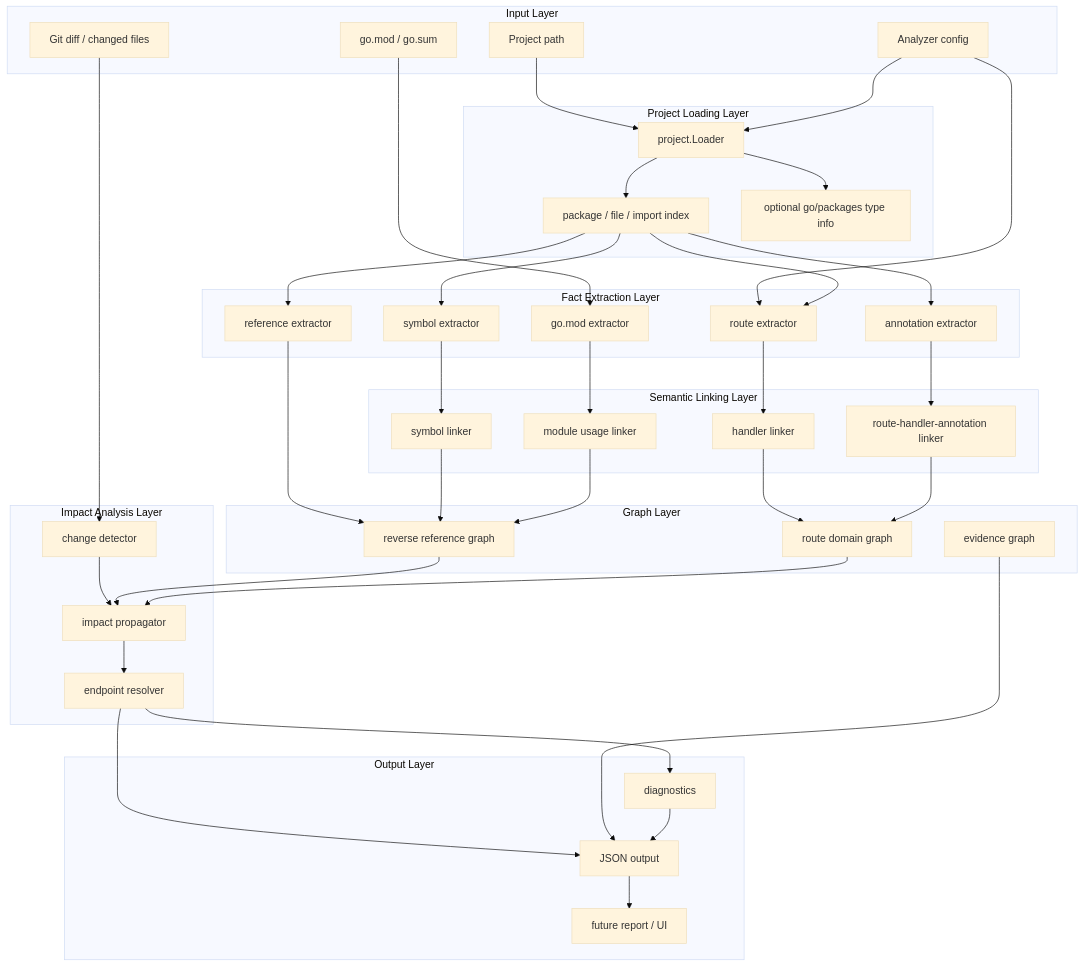
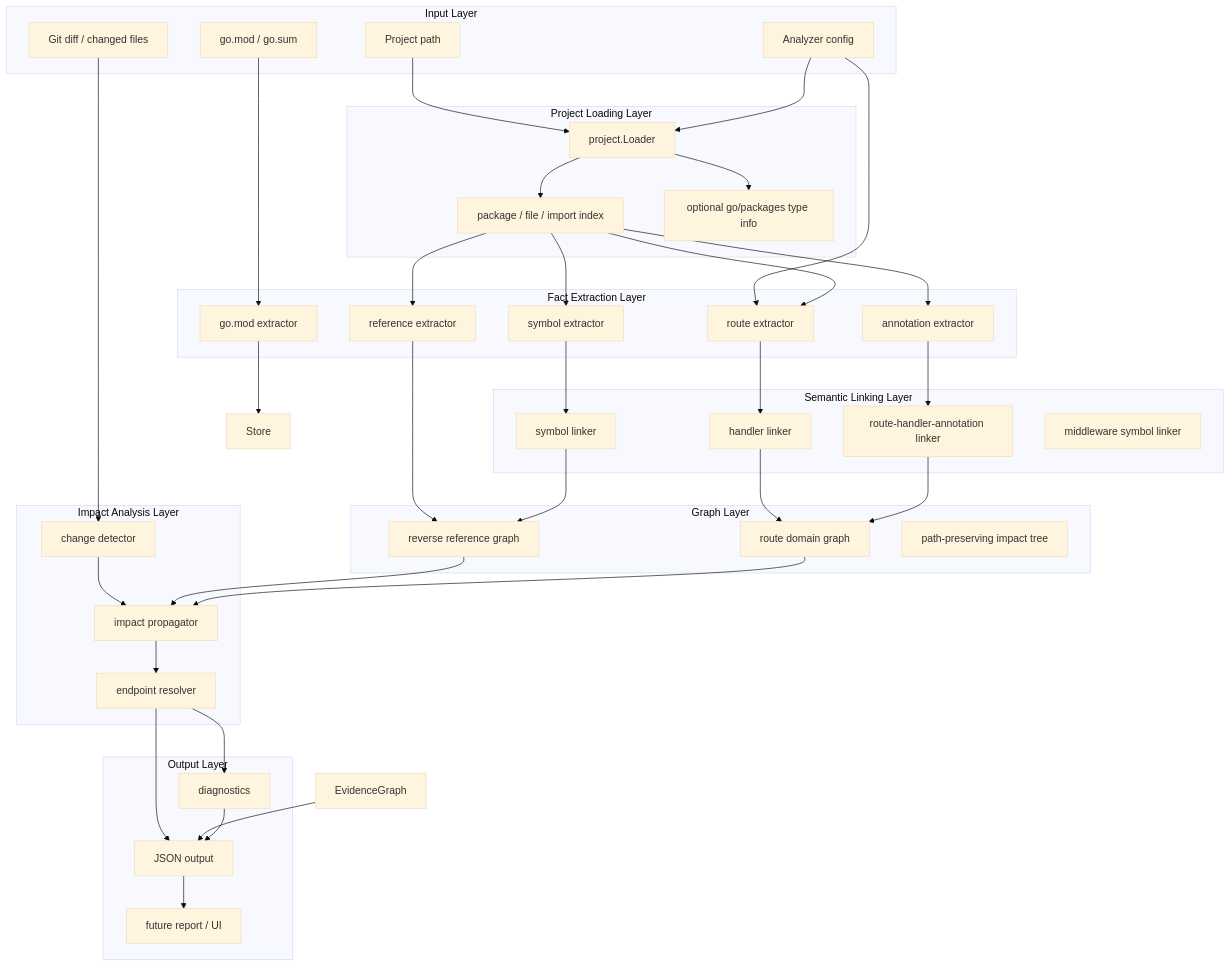
The first of 3 diagrams in docs/design/go-analyzer-mvp-architecture.md (Flying-Bird1999/go-analyzer), drawn with Mermaid (base theme) before and after one commit. The commit also changed other lines of this file and 72 other files, not shown here.

Commit message:
feat: implement symbol impact tree analyzer

````diff
--- a/docs/design/go-analyzer-mvp-architecture.md
+++ b/docs/design/go-analyzer-mvp-architecture.md
@@ -174,82 +177,81 @@
 ```mermaid
 flowchart TD
   subgraph Input["Input Layer"]
     ProjectPath["Project path"]
     Diff["Git diff / changed files"]
     GoMod["go.mod / go.sum"]
     Config["Analyzer config"]
   end
 
   subgraph Load["Project Loading Layer"]
     Loader["project.Loader"]
     PackageIndex["package / file / import index"]
     TypeInfo["optional go/packages type info"]
   end
 
   subgraph Facts["Fact Extraction Layer"]
     SymbolExtractor["symbol extractor"]
     AnnotationExtractor["annotation extractor"]
     RouteExtractor["route extractor"]
     ReferenceExtractor["reference extractor"]
     GoModExtractor["go.mod extractor"]
   end
 
   subgraph Link["Semantic Linking Layer"]
     SymbolLinker["symbol linker"]
     HandlerLinker["handler linker"]
     RouteLinker["route-handler-annotation linker"]
-    ModuleLinker["module usage linker"]
+    MiddlewareLinker["middleware symbol linker"]
   end
 
   subgraph Graph["Graph Layer"]
     ReverseGraph["reverse reference graph"]
     RouteGraph["route domain graph"]
-    EvidenceGraph["evidence graph"]
+    ImpactTree["path-preserving impact tree"]
   end
 
   subgraph Impact["Impact Analysis Layer"]
     ChangeDetector["change detector"]
     Propagator["impact propagator"]
     EndpointResolver["endpoint resolver"]
   end
 
   subgraph Output["Output Layer"]
     JSON["JSON output"]
     Diagnostics["diagnostics"]
     Report["future report / UI"]
   end
 
   ProjectPath --> Loader
   Diff --> ChangeDetector
   GoMod --> GoModExtractor
   Config --> Loader
   Config --> RouteExtractor
 
   Loader --> PackageIndex
   Loader --> TypeInfo
   PackageIndex --> SymbolExtractor
   PackageIndex --> AnnotationExtractor
   PackageIndex --> RouteExtractor
   PackageIndex --> ReferenceExtractor
 
   SymbolExtractor --> SymbolLinker
   AnnotationExtractor --> RouteLinker
   RouteExtractor --> HandlerLinker
   ReferenceExtractor --> ReverseGraph
-  GoModExtractor --> ModuleLinker
+  GoModExtractor --> Store
 
   SymbolLinker --> ReverseGraph
   HandlerLinker --> RouteGraph
   RouteLinker --> RouteGraph
-  ModuleLinker --> ReverseGraph
 
   ChangeDetector --> Propagator
   ReverseGraph --> Propagator
   RouteGraph --> Propagator
   Propagator --> EndpointResolver
   EndpointResolver --> JSON
   EndpointResolver --> Diagnostics
   EvidenceGraph --> JSON
   Diagnostics --> JSON
   JSON --> Report
 ```
````
